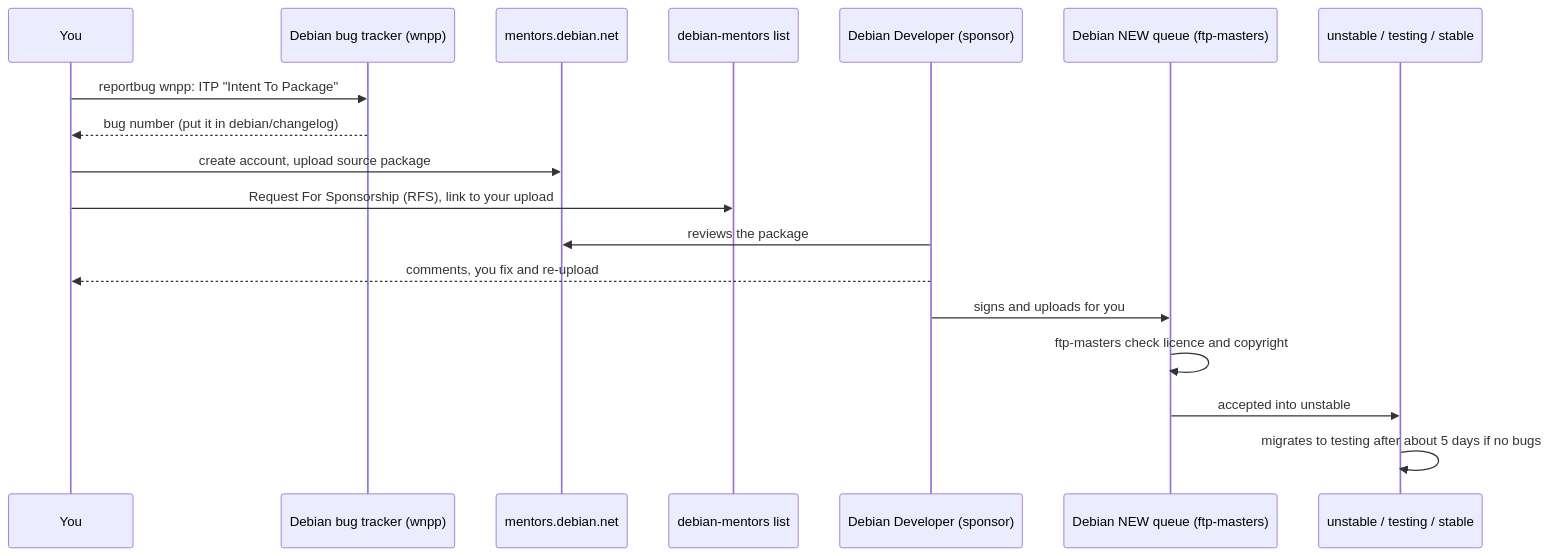
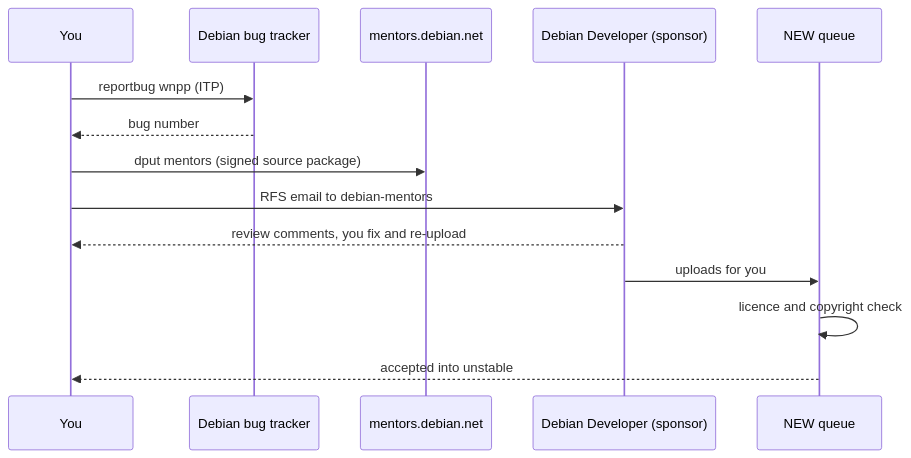
One commit to ShahadatTest/safeshell changed the second of 2 diagrams in doc/debian-ubuntu.md. Above: the diagram before and after it, drawn with Mermaid. The commit also changed other lines of this file and 244 other files, not shown here.

Commit message:
feat(packaging): rename command to safeshell, module at repo root, debian/ source package, open-source README

````diff
--- a/doc/debian-ubuntu.md
+++ b/doc/debian-ubuntu.md
@@ -134,20 +81,16 @@
 ```mermaid
 sequenceDiagram
     participant You
-    participant BTS as Debian bug tracker (wnpp)
+    participant BTS as Debian bug tracker
     participant M as mentors.debian.net
-    participant L as debian-mentors list
     participant DD as Debian Developer (sponsor)
-    participant NEW as Debian NEW queue (ftp-masters)
-    participant U as unstable / testing / stable
-    You->>BTS: reportbug wnpp: ITP "Intent To Package"
-    BTS-->>You: bug number (put it in debian/changelog)
-    You->>M: create account, upload source package
-    You->>L: Request For Sponsorship (RFS), link to your upload
-    DD->>M: reviews the package
-    DD-->>You: comments, you fix and re-upload
-    DD->>NEW: signs and uploads for you
-    NEW->>NEW: ftp-masters check licence and copyright
-    NEW->>U: accepted into unstable
-    U->>U: migrates to testing after about 5 days if no bugs
+    participant NEW as NEW queue
+    You->>BTS: reportbug wnpp (ITP)
+    BTS-->>You: bug number
+    You->>M: dput mentors (signed source package)
+    You->>DD: RFS email to debian-mentors
+    DD-->>You: review comments, you fix and re-upload
+    DD->>NEW: uploads for you
+    NEW->>NEW: licence and copyright check
+    NEW-->>You: accepted into unstable
 ```
````
